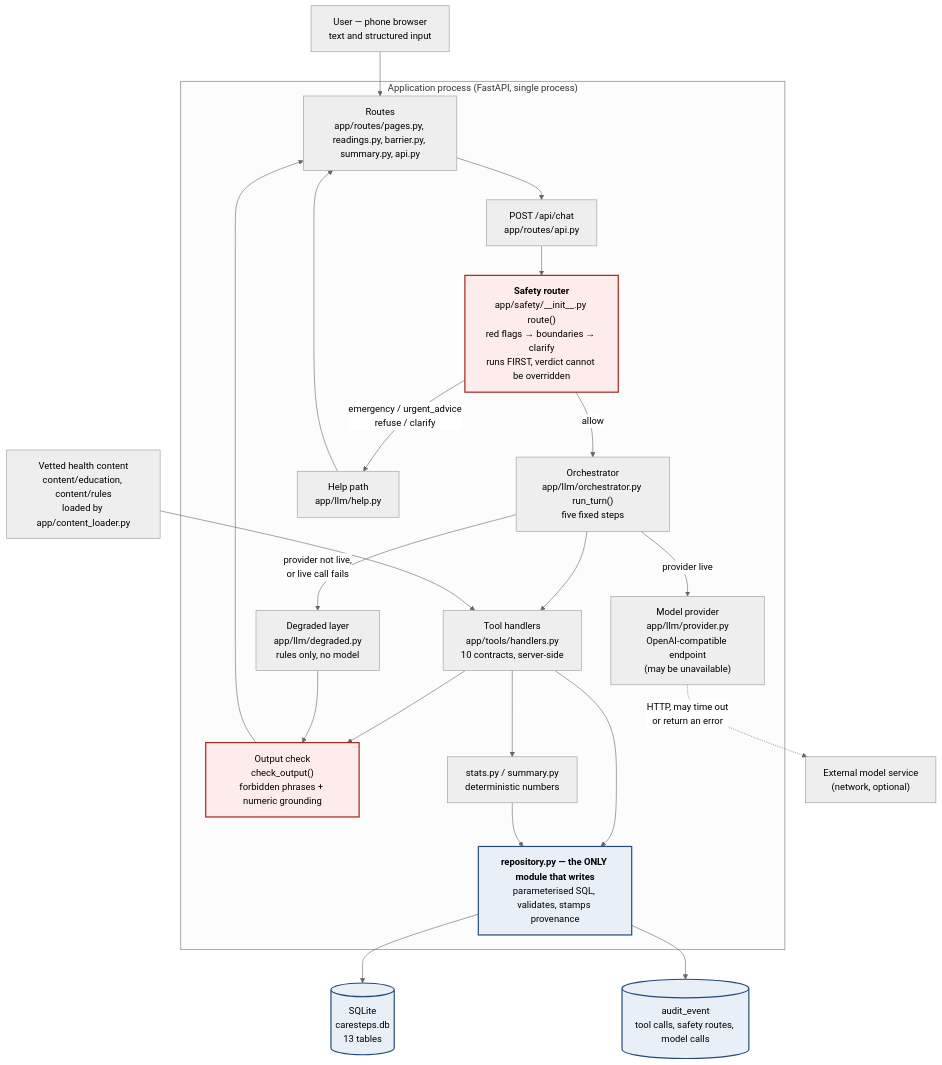
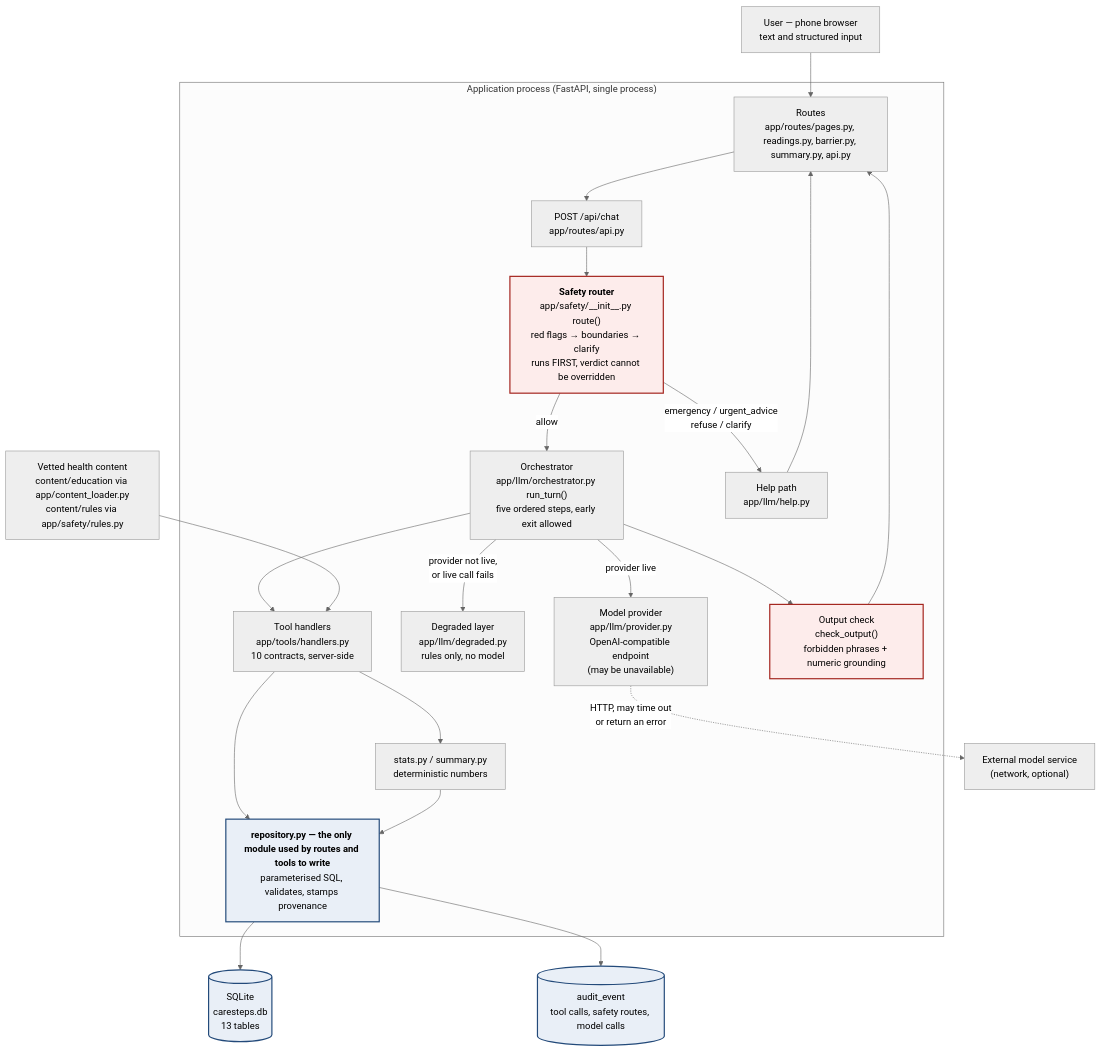
One commit to MegaArn1/caresteps changed the first of 2 diagrams in docs/architecture.md. Above: the diagram before and after it, drawn with Mermaid (neutral theme). The commit also changed other lines of this file and 7 other files, not shown here.

````diff
--- a/docs/architecture.md
+++ b/docs/architecture.md
@@ -26,52 +31,51 @@
 ```mermaid
 flowchart TB
     User["User — phone browser<br/>text and structured input"]
 
     subgraph App["Application process (FastAPI, single process)"]
         Routes["Routes<br/>app/routes/pages.py, readings.py, barrier.py, summary.py, api.py"]
         Chat["POST /api/chat<br/>app/routes/api.py"]
         Safety["<b>Safety router</b><br/>app/safety/__init__.py route()<br/>red flags → boundaries → clarify<br/>runs FIRST, verdict cannot be overridden"]
-        Orch["Orchestrator<br/>app/llm/orchestrator.py run_turn()<br/>five fixed steps"]
+        Orch["Orchestrator<br/>app/llm/orchestrator.py run_turn()<br/>five ordered steps, early exit allowed"]
         Provider["Model provider<br/>app/llm/provider.py<br/>OpenAI-compatible endpoint<br/>(may be unavailable)"]
         Degraded["Degraded layer<br/>app/llm/degraded.py<br/>rules only, no model"]
         Tools["Tool handlers<br/>app/tools/handlers.py<br/>10 contracts, server-side"]
         Check["Output check<br/>check_output()<br/>forbidden phrases + numeric grounding"]
-        Repo["<b>repository.py — the ONLY module that writes</b><br/>parameterised SQL, validates, stamps provenance"]
+        Repo["<b>repository.py — the only module used by routes and tools to write</b><br/>parameterised SQL, validates, stamps provenance"]
         Stats["stats.py / summary.py<br/>deterministic numbers"]
         Help["Help path<br/>app/llm/help.py"]
     end
 
     DB[("SQLite<br/>caresteps.db<br/>13 tables")]
     Audit[("audit_event<br/>tool calls, safety routes, model calls")]
     Model["External model service<br/>(network, optional)"]
-    Content["Vetted health content<br/>content/education, content/rules<br/>loaded by app/content_loader.py"]
+    Content["Vetted health content<br/>content/education via app/content_loader.py<br/>content/rules via app/safety/rules.py"]
 
     User --> Routes
     Routes --> Chat
     Chat --> Safety
 
     Safety -->|"emergency / urgent_advice<br/>refuse / clarify"| Help
     Help --> Routes
 
     Safety -->|"allow"| Orch
     Orch -->|"provider not live,<br/>or live call fails"| Degraded
     Orch -->|"provider live"| Provider
     Provider -.->|"HTTP, may time out<br/>or return an error"| Model
 
     Orch --> Tools
     Tools --> Stats
     Tools --> Repo
     Stats --> Repo
     Repo --> DB
     Repo --> Audit
+    Orch --> Check
 
-    Tools --> Check
-    Degraded --> Check
     Check --> Routes
     Content --> Tools
 
     classDef boundary fill:#fdeceb,stroke:#a3231c,stroke-width:2px
     classDef store fill:#e9eff7,stroke:#234a7a,stroke-width:2px
     class Safety,Check boundary
     class Repo,DB,Audit store
 ```
````
